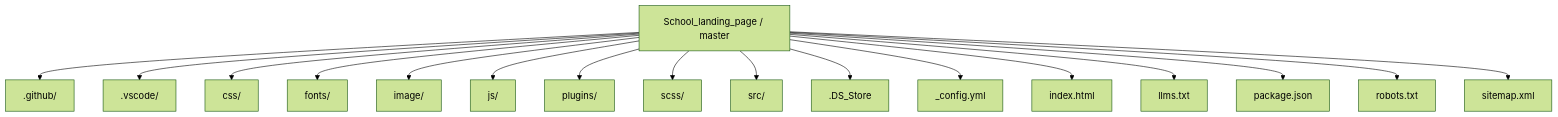
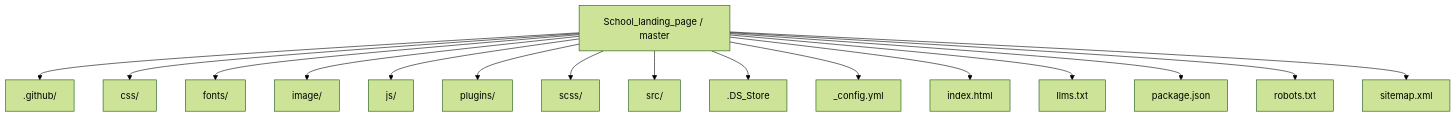
One commit to Nischhalsubba/School_landing_page changed the first of 5 diagrams in README.md. Above: the diagram before and after it, drawn with Mermaid (forest theme). The commit also changed other lines of this file, not shown here.

````diff
--- a/README.md
+++ b/README.md
@@ -25,20 +56,19 @@
 ```mermaid
 flowchart TD
     ROOT["School_landing_page / master"]
     ROOT --> P0[".github/"]
-    ROOT --> P1[".vscode/"]
-    ROOT --> P2["css/"]
-    ROOT --> P3["fonts/"]
-    ROOT --> P4["image/"]
-    ROOT --> P5["js/"]
-    ROOT --> P6["plugins/"]
-    ROOT --> P7["scss/"]
-    ROOT --> P8["src/"]
-    ROOT --> P9[".DS_Store"]
-    ROOT --> P10["_config.yml"]
-    ROOT --> P11["index.html"]
-    ROOT --> P12["llms.txt"]
-    ROOT --> P13["package.json"]
-    ROOT --> P14["robots.txt"]
-    ROOT --> P15["sitemap.xml"]
+    ROOT --> P1["css/"]
+    ROOT --> P2["fonts/"]
+    ROOT --> P3["image/"]
+    ROOT --> P4["js/"]
+    ROOT --> P5["plugins/"]
+    ROOT --> P6["scss/"]
+    ROOT --> P7["src/"]
+    ROOT --> P8[".DS_Store"]
+    ROOT --> P9["_config.yml"]
+    ROOT --> P10["index.html"]
+    ROOT --> P11["llms.txt"]
+    ROOT --> P12["package.json"]
+    ROOT --> P13["robots.txt"]
+    ROOT --> P14["sitemap.xml"]
 ```
````
